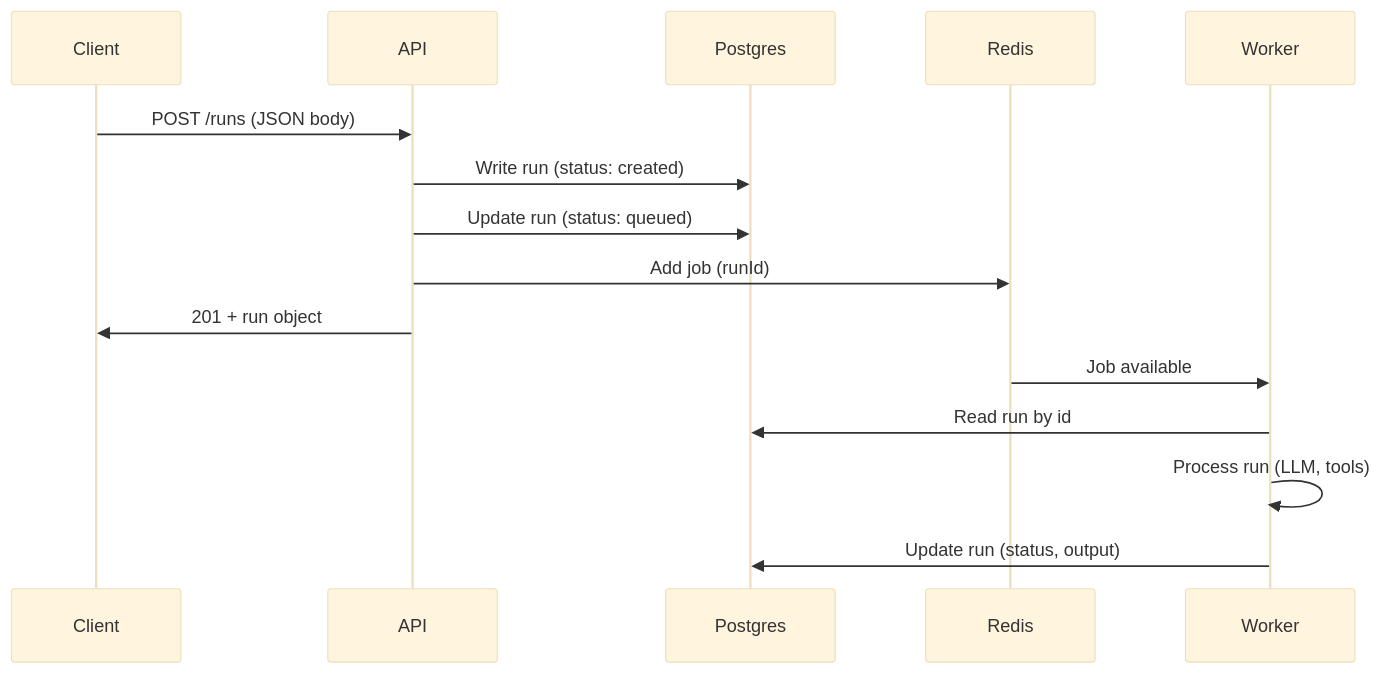
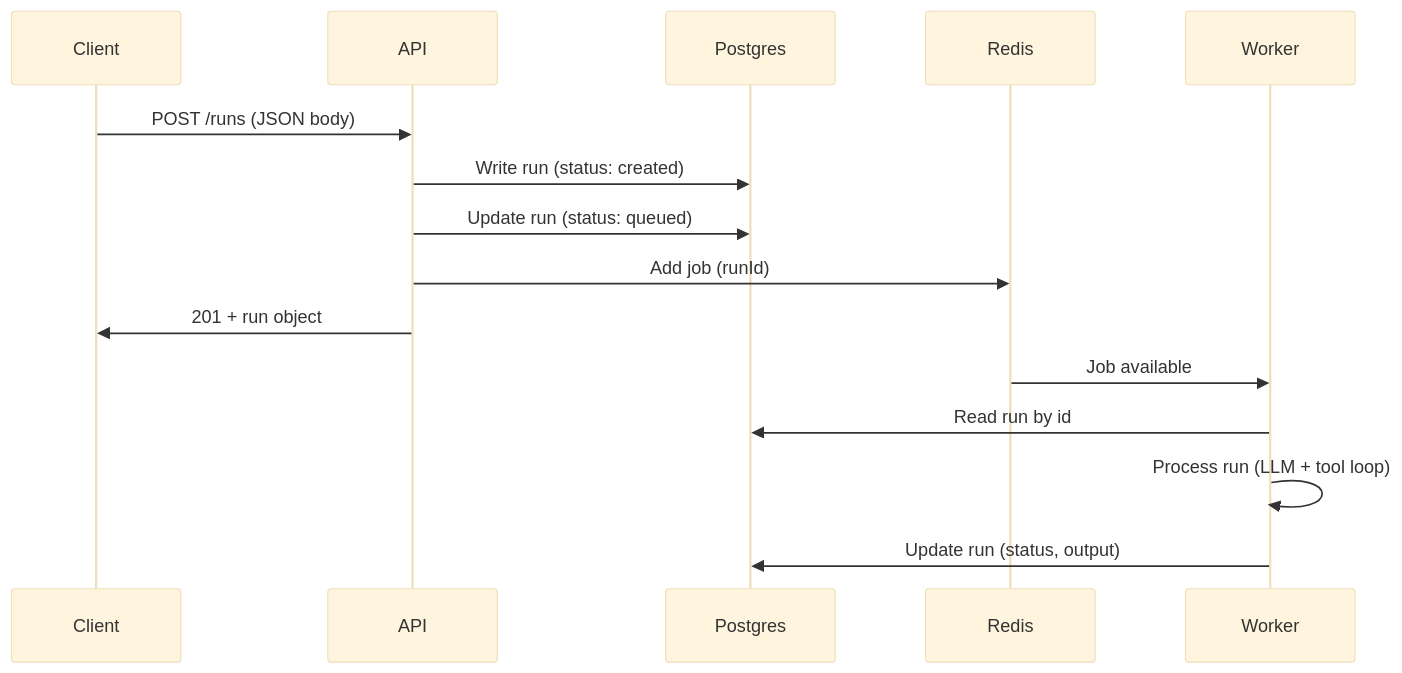
One commit to jhoepfner1310/selfmade-aI-agent changed the first of 2 diagrams in docs/architecture/data-flow.md. Above: the diagram before and after it, drawn with Mermaid (base theme). The commit also changed other lines of this file and 4 other files, not shown here.

First line of the commit message:
docs: update architecture documentation

````diff
--- a/docs/architecture/data-flow.md
+++ b/docs/architecture/data-flow.md
@@ -5,20 +5,20 @@
 ```mermaid
 %%{init: {"sequence": {"actorMargin": 80, "diagramMarginX": 80}}}%%
 sequenceDiagram
     participant Client
     participant API
     participant Postgres
     participant Redis
     participant Worker
 
     Client->>API: POST /runs (JSON body)
     API->>Postgres: Write run (status: created)
     API->>Postgres: Update run (status: queued)
     API->>Redis: Add job (runId)
     API->>Client: 201 + run object
 
     Redis->>Worker: Job available
     Worker->>Postgres: Read run by id
-    Worker->>Worker: Process run (LLM, tools)
+    Worker->>Worker: Process run (LLM + tool loop)
     Worker->>Postgres: Update run (status, output)
 ```
````
